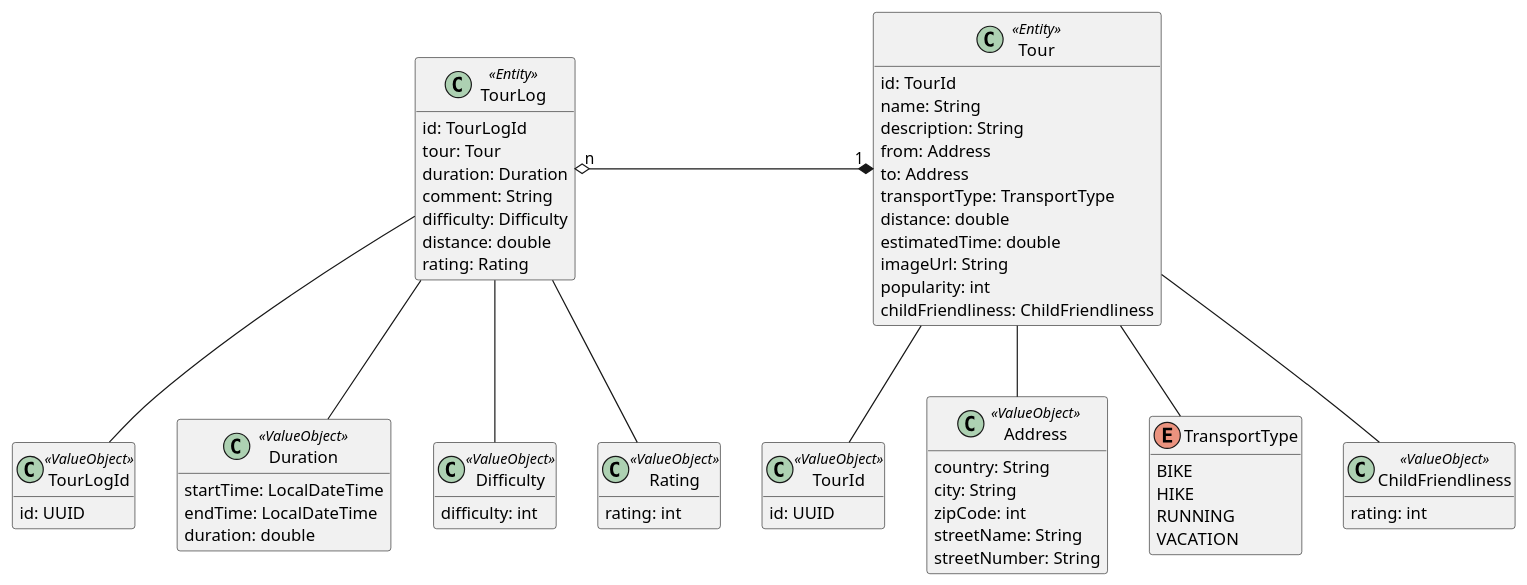
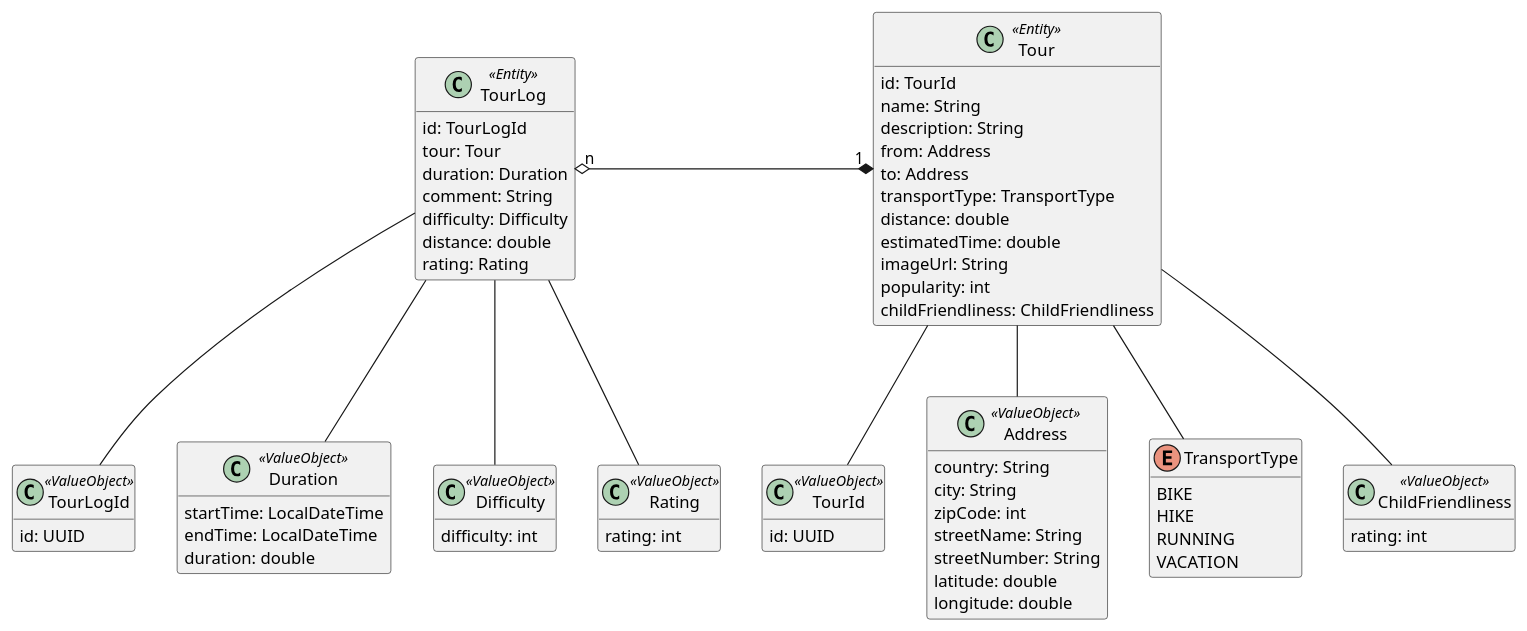
The diagram in src/docs/DomainModel.puml (ThomasBoigner/BIF4-SWEN-Tour-Planner-Server), drawn with PlantUML before and after one commit. The commit also changed 12 other files, not shown here.

Commit message:
Add latitude and longitude to address entity

```diff
--- a/src/docs/DomainModel.puml
+++ b/src/docs/DomainModel.puml
@@ -1,81 +1,83 @@
 @startuml
 hide methods
 
 class Tour <<Entity>> {
     id: TourId
     name: String
     description: String
     from: Address
     to: Address
     transportType: TransportType
     distance: double
     estimatedTime: double
     imageUrl: String
     popularity: int
     childFriendliness: ChildFriendliness
 }
 
 class TourId <<ValueObject>> {
     id: UUID
 }
 
 class Address <<ValueObject>> {
     country: String
     city: String
     zipCode: int
     streetName: String
     streetNumber: String
+    latitude: double
+    longitude: double
 }
 
 enum TransportType {
     BIKE
     HIKE
     RUNNING
     VACATION
 }
 
 class ChildFriendliness <<ValueObject>> {
     rating: int
 }
 
 class TourLog <<Entity>> {
     id: TourLogId
     tour: Tour
     duration: Duration
     comment: String
     difficulty: Difficulty
     distance: double
     rating: Rating
 }
 
 class TourLogId <<ValueObject>> {
     id: UUID
 }
 
 class Duration <<ValueObject>> {
     startTime: LocalDateTime
     endTime: LocalDateTime
     duration: double
 }
 
 class Difficulty <<ValueObject>> {
     difficulty: int
 }
 
 class Rating <<ValueObject>> {
     rating: int
 }
 
 Tour -- TourId
 Tour -- Address
 Tour -- TransportType
 Tour -- ChildFriendliness
 
 TourLog -- TourLogId
 TourLog "n" o-right-* "1" Tour
 TourLog -- Duration
 TourLog -- Difficulty
 TourLog -- Rating
 
 
 @enduml
```
